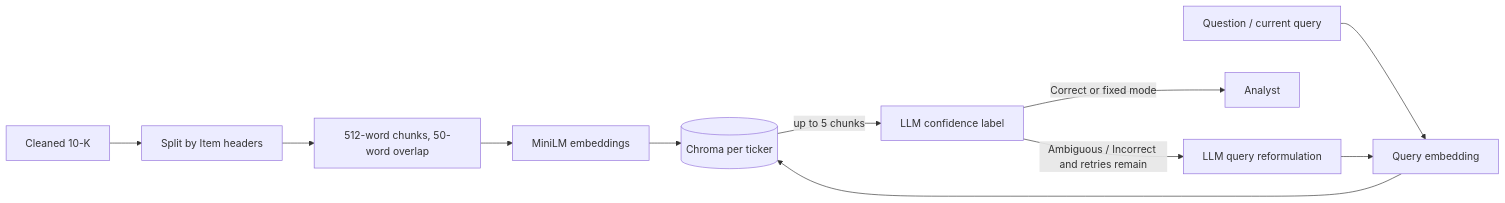
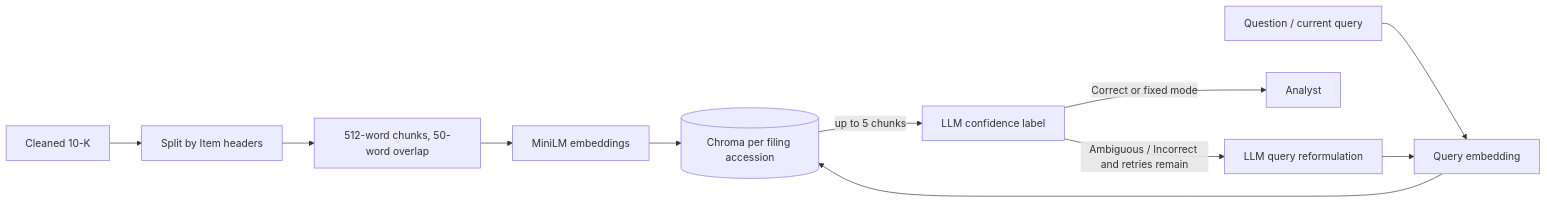
The third of 3 diagrams in README.md (Ayushcv-46/fin-research-agent), drawn with Mermaid before and after one commit. The commit also changed other lines of this file, not shown here.

````diff
--- a/README.md
+++ b/README.md
@@ -153,13 +153,13 @@
 ```mermaid
 flowchart LR
     F[Cleaned 10-K] --> S[Split by Item headers]
     S --> C[512-word chunks, 50-word overlap]
     C --> E[MiniLM embeddings]
-    E --> DB[(Chroma per ticker)]
+    E --> DB[(Chroma per filing accession)]
     Q[Question / current query] --> QE[Query embedding]
     QE --> DB
     DB -->|up to 5 chunks| CS[LLM confidence label]
     CS -->|Correct or fixed mode| A[Analyst]
     CS -->|Ambiguous / Incorrect and retries remain| RF[LLM query reformulation]
     RF --> QE
 ```
````
